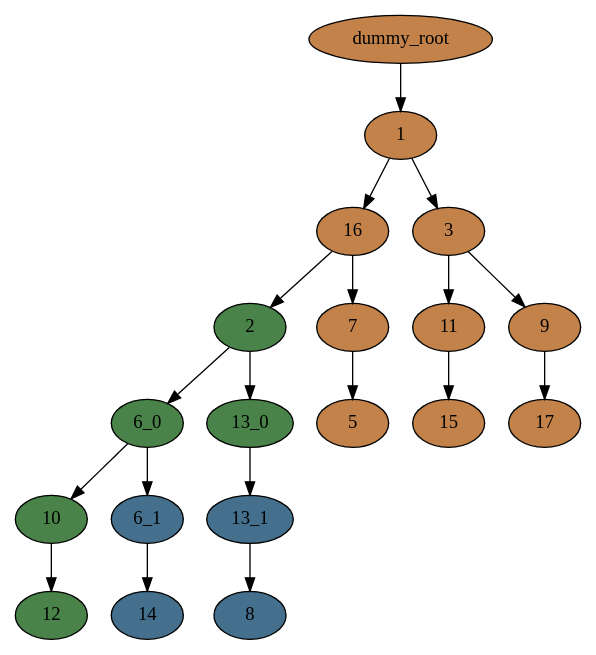
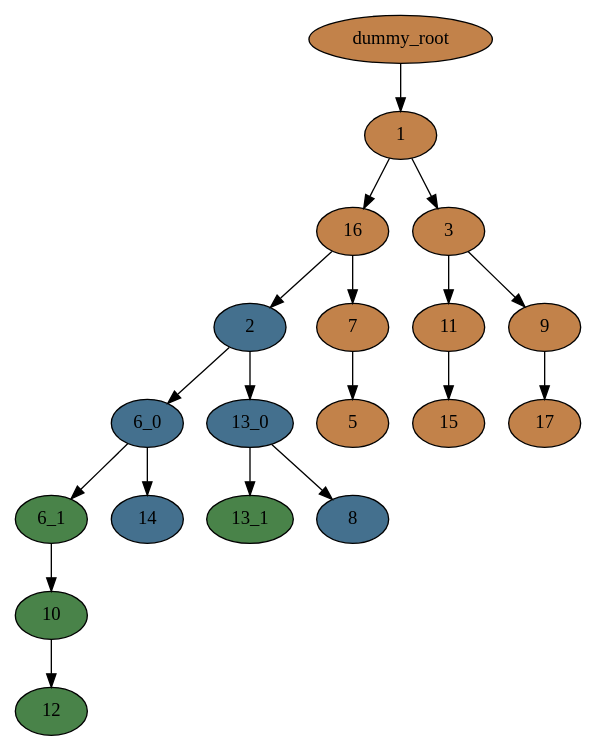
The diagram in trees/CRUKP8780/tlp/tlp_output_colored_tree.dot (noahcape/pmh-rp), drawn with Graphviz before and after one commit. The commit also changed 255 other files, not shown here.

```diff
--- a/trees/CRUKP8780/tlp/tlp_output_colored_tree.dot
+++ b/trees/CRUKP8780/tlp/tlp_output_colored_tree.dot
@@ -1,39 +1,39 @@
 digraph T {
 	"1" [fillcolor="#c2824a", style=filled];
 	"16" [fillcolor="#c2824a", style=filled];
 	"3" [fillcolor="#c2824a", style=filled];
-	"2" [fillcolor="#498349", style=filled];
+	"2" [fillcolor="#44708e", style=filled];
 	"7" [fillcolor="#c2824a", style=filled];
-	"6_0" [fillcolor="#498349", style=filled];
-	"13_0" [fillcolor="#498349", style=filled];
+	"6_0" [fillcolor="#44708e", style=filled];
+	"13_0" [fillcolor="#44708e", style=filled];
 	"11" [fillcolor="#c2824a", style=filled];
 	"9" [fillcolor="#c2824a", style=filled];
 	"5" [fillcolor="#c2824a", style=filled];
 	"10" [fillcolor="#498349", style=filled];
 	"12" [fillcolor="#498349", style=filled];
 	"15" [fillcolor="#c2824a", style=filled];
 	"17" [fillcolor="#c2824a", style=filled];
-	"6_1" [fillcolor="#44708e", style=filled];
+	"6_1" [fillcolor="#498349", style=filled];
 	"14" [fillcolor="#44708e", style=filled];
-	"13_1" [fillcolor="#44708e", style=filled];
+	"13_1" [fillcolor="#498349", style=filled];
 	"8" [fillcolor="#44708e", style=filled];
 	"dummy_root" [fillcolor="#c2824a", style=filled];
 	"1" -> "16";
 	"1" -> "3";
 	"16" -> "2";
 	"16" -> "7";
 	"3" -> "11";
 	"3" -> "9";
 	"2" -> "6_0";
 	"2" -> "13_0";
 	"7" -> "5";
 	"6_0" -> "6_1";
-	"6_0" -> "10";
+	"6_0" -> "14";
 	"13_0" -> "13_1";
+	"13_0" -> "8";
 	"11" -> "15";
 	"9" -> "17";
 	"10" -> "12";
-	"6_1" -> "14";
-	"13_1" -> "8";
+	"6_1" -> "10";
 	"dummy_root" -> "1";
 }
```
